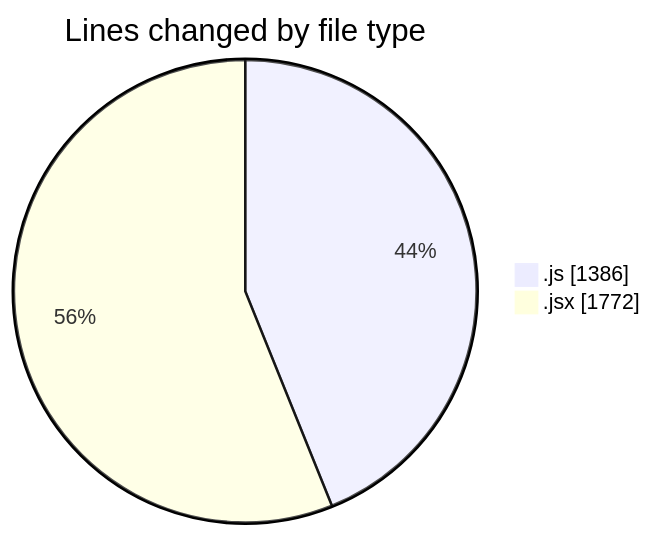
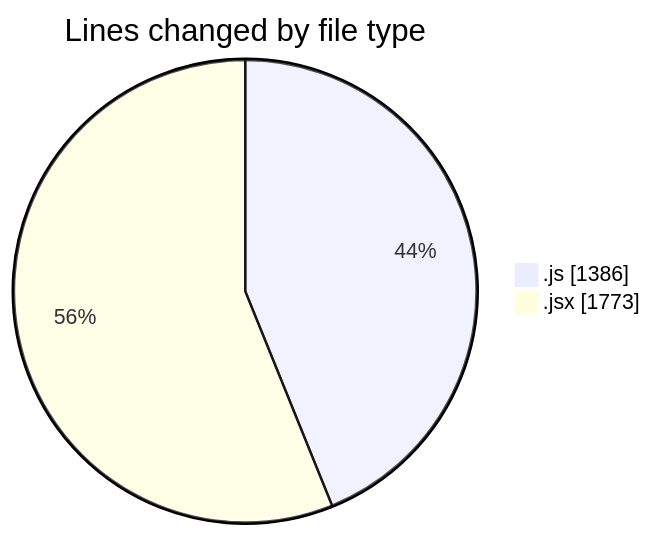
The first of 2 diagrams in 2025-07-29/nxtqube_webapp/README.md (nxtqubesakshisongat/code-tracking), drawn with Mermaid before and after one commit. The commit also changed other lines of this file and 1 other file, not shown here.

````diff
--- a/2025-07-29/nxtqube_webapp/README.md
+++ b/2025-07-29/nxtqube_webapp/README.md
@@ -28,6 +28,6 @@
 ```mermaid
 pie showData
 title Lines changed by file type
 ".js" : 1386
-".jsx" : 1772
+".jsx" : 1773
 ```
````
